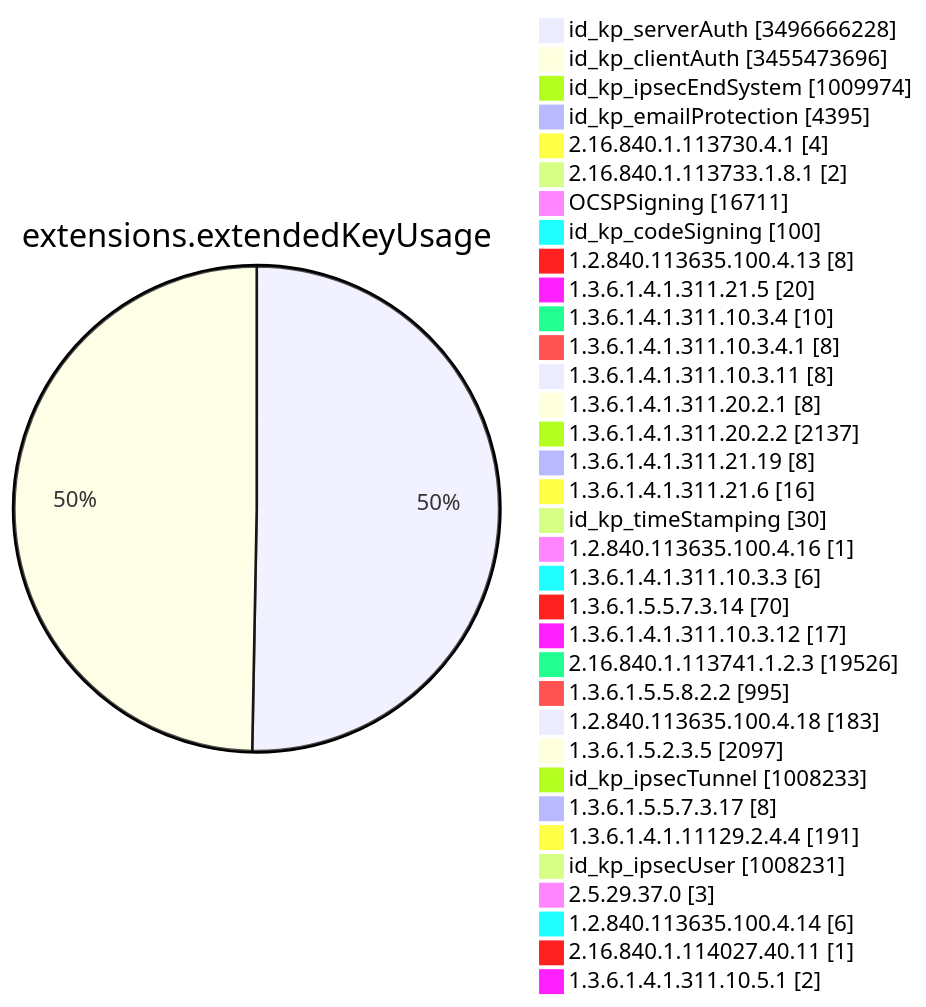
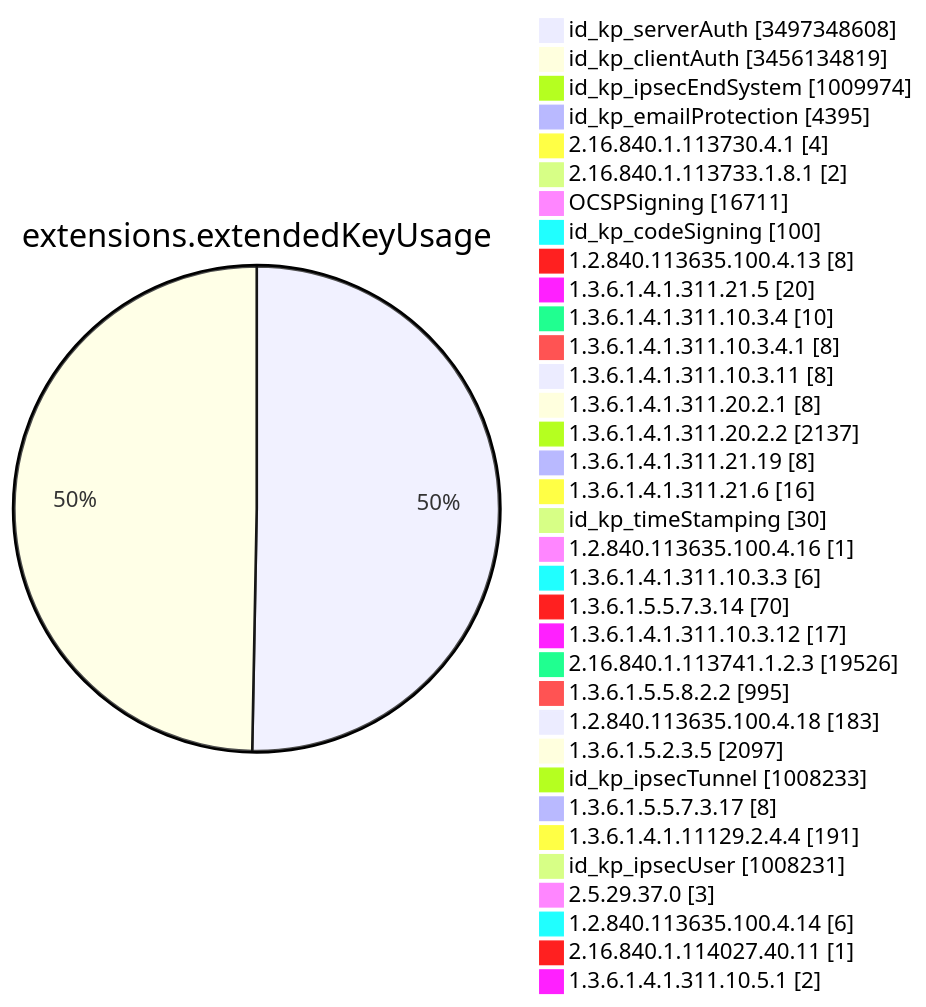
Before and after one commit to christiankrug/ctmonitor_visualization: diagram 11 of 15 in TOTAL/README.md, drawn with Mermaid. The commit also changed other lines of this file, not shown here.

````diff
--- a/TOTAL/README.md
+++ b/TOTAL/README.md
@@ -4124,38 +4124,38 @@
 ```mermaid
 pie showData
 title extensions.extendedKeyUsage
-"id_kp_serverAuth" :3496666228
-"id_kp_clientAuth" :3455473696
+"id_kp_serverAuth" :3497348608
+"id_kp_clientAuth" :3456134819
 "id_kp_ipsecEndSystem" :1009974
 "id_kp_emailProtection" :4395
 "2.16.840.1.113730.4.1" :4
 "2.16.840.1.113733.1.8.1" :2
 "OCSPSigning" :16711
 "id_kp_codeSigning" :100
 "1.2.840.113635.100.4.13" :8
 "1.3.6.1.4.1.311.21.5" :20
 "1.3.6.1.4.1.311.10.3.4" :10
 "1.3.6.1.4.1.311.10.3.4.1" :8
 "1.3.6.1.4.1.311.10.3.11" :8
 "1.3.6.1.4.1.311.20.2.1" :8
 "1.3.6.1.4.1.311.20.2.2" :2137
 "1.3.6.1.4.1.311.21.19" :8
 "1.3.6.1.4.1.311.21.6" :16
 "id_kp_timeStamping" :30
 "1.2.840.113635.100.4.16" :1
 "1.3.6.1.4.1.311.10.3.3" :6
 "1.3.6.1.5.5.7.3.14" :70
 "1.3.6.1.4.1.311.10.3.12" :17
 "2.16.840.1.113741.1.2.3" :19526
 "1.3.6.1.5.5.8.2.2" :995
 "1.2.840.113635.100.4.18" :183
 "1.3.6.1.5.2.3.5" :2097
 "id_kp_ipsecTunnel" :1008233
 "1.3.6.1.5.5.7.3.17" :8
 "1.3.6.1.4.1.11129.2.4.4" :191
 "id_kp_ipsecUser" :1008231
 "2.5.29.37.0" :3
 "1.2.840.113635.100.4.14" :6
 "2.16.840.1.114027.40.11" :1
 "1.3.6.1.4.1.311.10.5.1" :2
 ```
````
